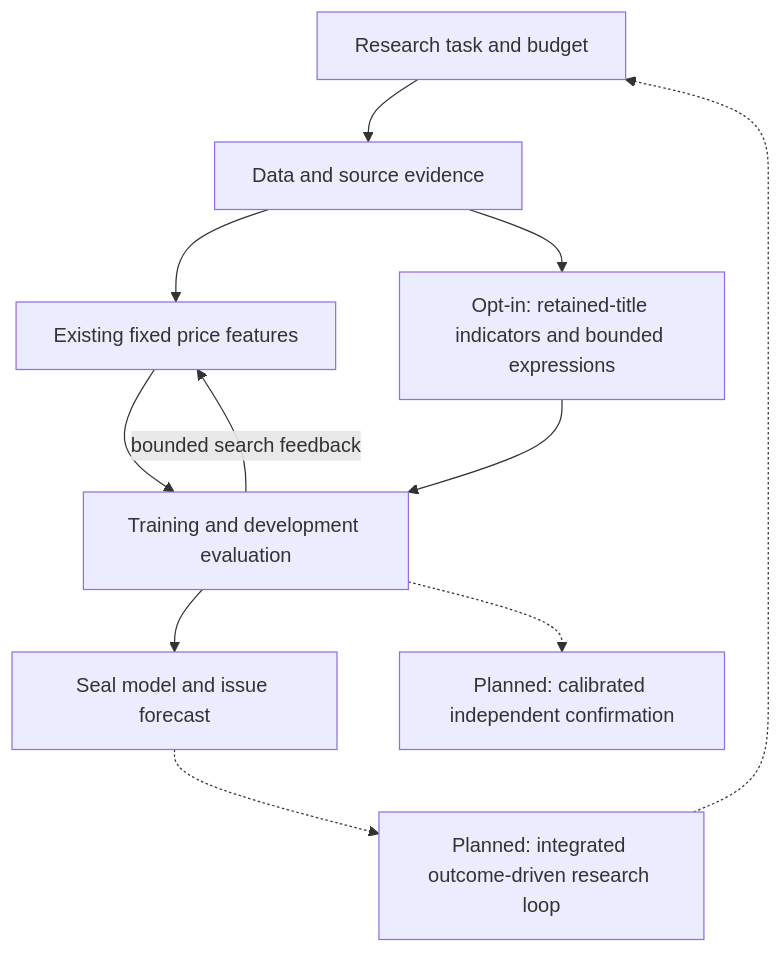
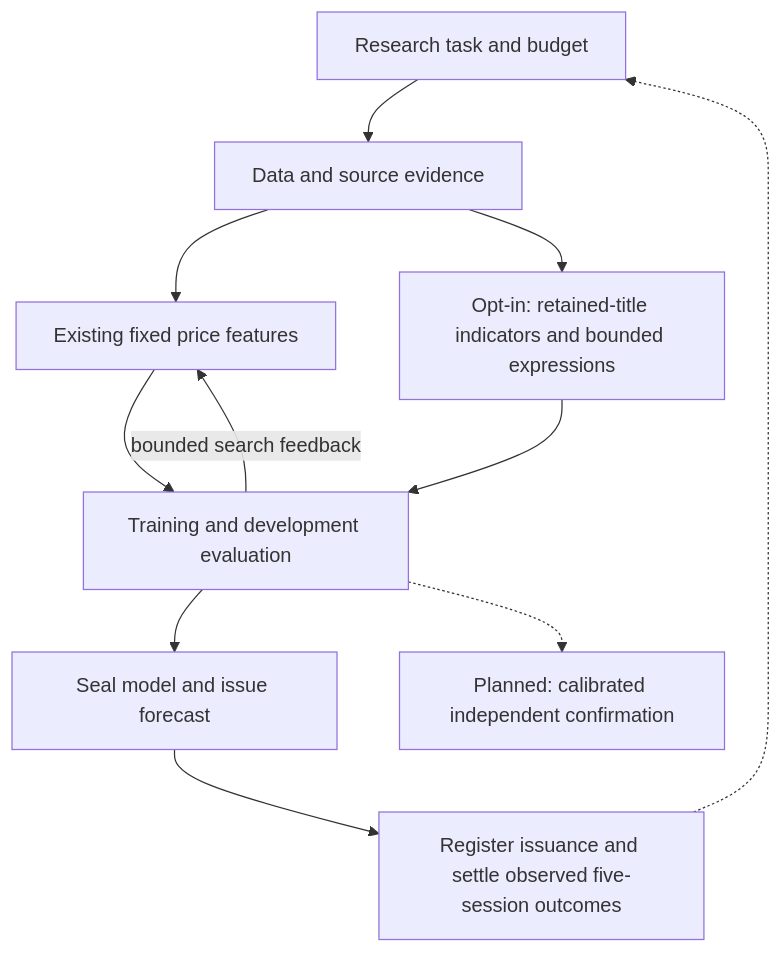
The second of 2 diagrams in README.md (chickeyton/Quant_RSI), drawn with Mermaid before and after one commit. The commit also changed other lines of this file and 4 other files, not shown here.

````diff
--- a/README.md
+++ b/README.md
@@ -60,13 +60,13 @@
 ```mermaid
 flowchart TD
     A["Research task and budget"] --> B["Data and source evidence"]
     B --> C["Existing fixed price features"]
     B --> D["Opt-in: retained-title indicators and bounded expressions"]
     C --> E["Training and development evaluation"]
     D --> E
     E -->|"bounded search feedback"| C
     E --> F["Seal model and issue forecast"]
     E -.-> G["Planned: calibrated independent confirmation"]
-    F -.-> H["Planned: integrated outcome-driven research loop"]
+    F --> H["Register issuance and settle observed five-session outcomes"]
     H -.-> A
 ```
````
